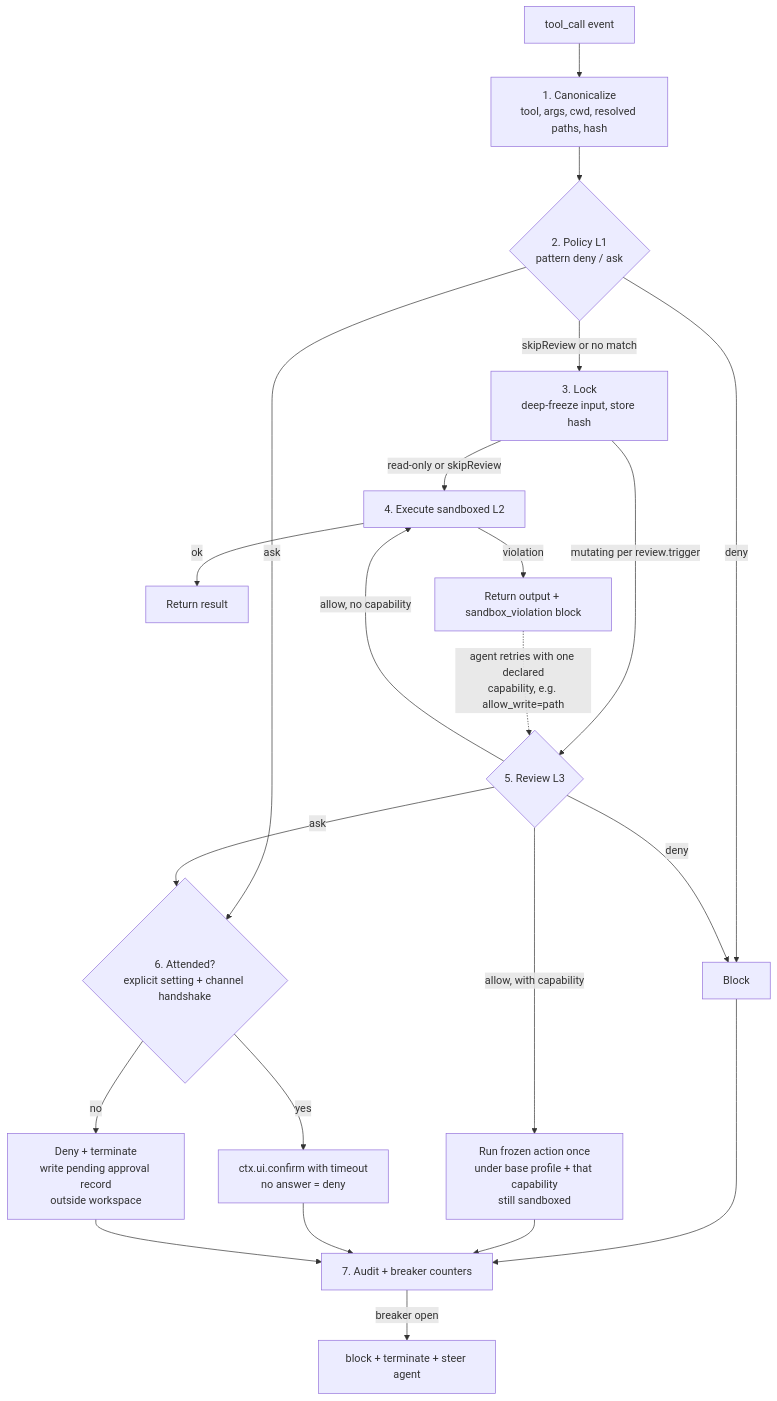
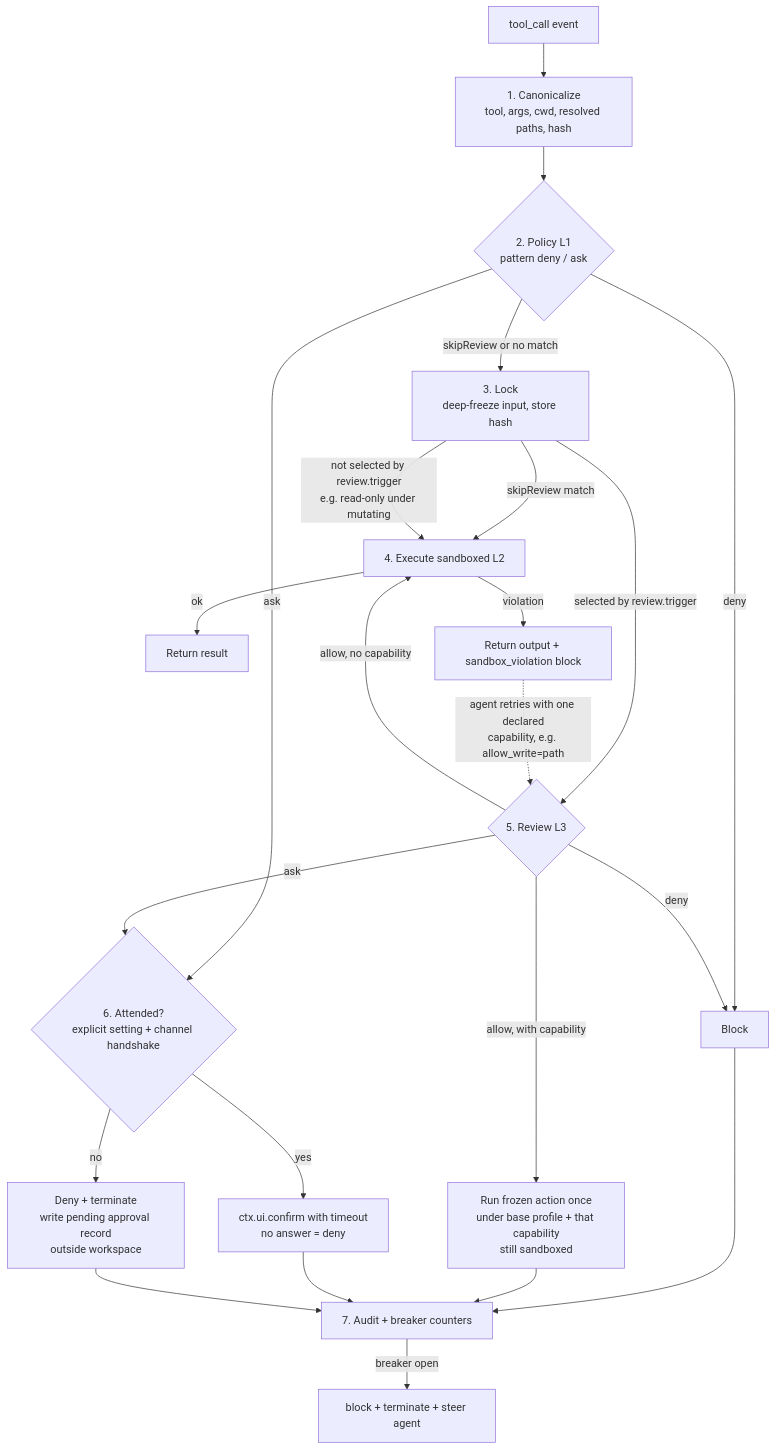
Before and after one commit to frycm/pi-enclave: the diagram in README.md, drawn with Mermaid. The commit also changed other lines of this file, not shown here.

First line of the commit message:
docs: PR #2 round two — trigger is project-raisable, flow branches on configured trigger

````diff
--- a/README.md
+++ b/README.md
@@ -173,24 +175,25 @@
 ```mermaid
 flowchart TD
     A[tool_call event] --> B[1. Canonicalize<br/>tool, args, cwd, resolved paths, hash]
     B --> C{2. Policy L1<br/>pattern deny / ask}
     C -->|deny| X[Block]
     C -->|ask| ESC
     C -->|skipReview or no match| D[3. Lock<br/>deep-freeze input, store hash]
-    D -->|read-only or skipReview| E[4. Execute sandboxed L2]
-    D -->|mutating per review.trigger| R
+    D -->|skipReview match| E[4. Execute sandboxed L2]
+    D -->|not selected by review.trigger<br/>e.g. read-only under mutating| E
+    D -->|selected by review.trigger| R
     R -->|allow, no capability| E
     E -->|ok| OK[Return result]
     E -->|violation| V[Return output + sandbox_violation block]
     V -.->|agent retries with one declared<br/>capability, e.g. allow_write=path| R{5. Review L3}
     R -->|allow, with capability| RUN[Run frozen action once<br/>under base profile + that capability<br/>still sandboxed]
     R -->|deny| X
     R -->|ask| ESC{6. Attended?<br/>explicit setting + channel handshake}
     ESC -->|yes| CONFIRM[ctx.ui.confirm with timeout<br/>no answer = deny]
     ESC -->|no| PEND[Deny + terminate<br/>write pending approval record<br/>outside workspace]
     X --> ACC[7. Audit + breaker counters]
     RUN --> ACC
     CONFIRM --> ACC
     PEND --> ACC
     ACC -->|breaker open| TERM[block + terminate + steer agent]
 ```
````
